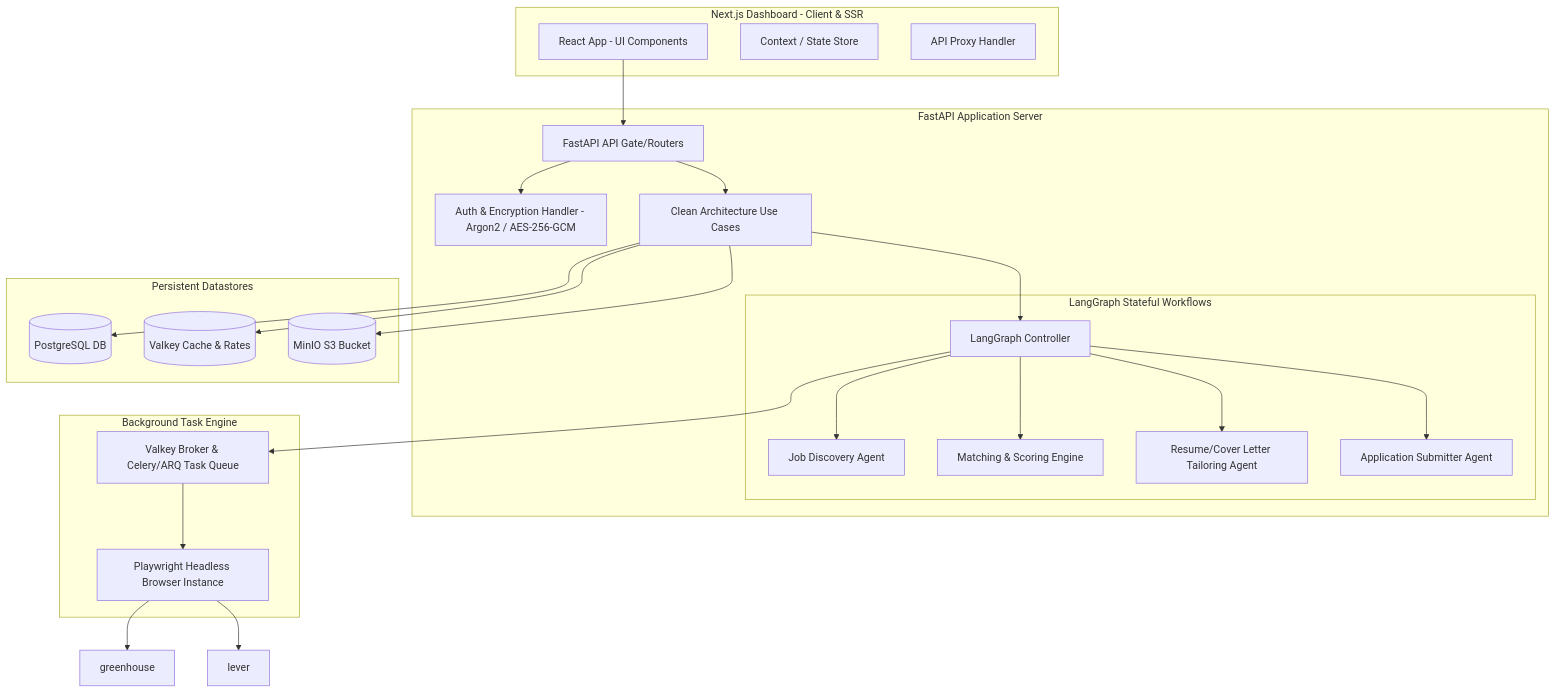
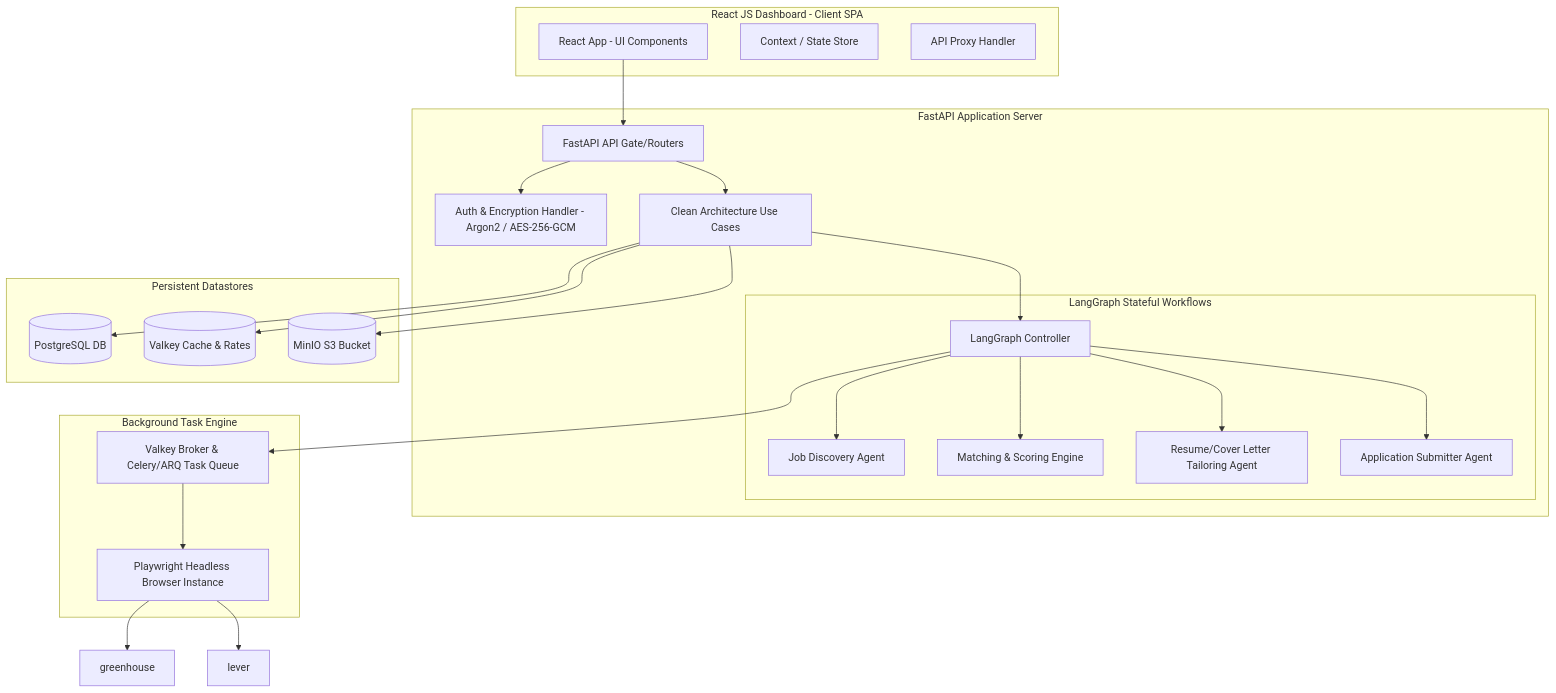
Before and after one commit to XelWorks/JobGraph: the third of 4 diagrams in docs/architecture-diagrams/00-system-architecture-diagrams-greenfield.md, drawn with Mermaid. The commit also changed other lines of this file and 48 other files, not shown here.

Commit message:
Next replaced with react

````diff
--- a/docs/architecture-diagrams/00-system-architecture-diagrams-greenfield.md
+++ b/docs/architecture-diagrams/00-system-architecture-diagrams-greenfield.md
@@ -54,47 +54,47 @@
 ```mermaid
 flowchart TB
-  subgraph Frontend [Next.js Dashboard - Client & SSR]
+  subgraph Frontend [React JS Dashboard - Client SPA]
     UI[React App - UI Components]
     Store[Context / State Store]
     Proxy[API Proxy Handler]
   end
 
   subgraph Backend [FastAPI Application Server]
     Router[FastAPI API Gate/Routers]
     Auth[Auth & Encryption Handler - Argon2 / AES-256-GCM]
     UseCases[Clean Architecture Use Cases]
     
     subgraph Agents [LangGraph Stateful Workflows]
       Orchestrator[LangGraph Controller]
       DiscoveryAgent[Job Discovery Agent]
       MatchingAgent[Matching & Scoring Engine]
       TailoringAgent[Resume/Cover Letter Tailoring Agent]
       AppAgent[Application Submitter Agent]
     end
   end
 
   subgraph Workers [Background Task Engine]
     Queue[Valkey Broker & Celery/ARQ Task Queue]
     PlaywrightAgent[Playwright Headless Browser Instance]
   end
 
   subgraph Storage [Persistent Datastores]
     Postgres[(PostgreSQL DB)]
     ValkeyCache[(Valkey Cache & Rates)]
     MinioStore[(MinIO S3 Bucket)]
   end
 
   UI --> Router
   Router --> Auth
   Router --> UseCases
   UseCases --> Orchestrator
   
   Orchestrator --> DiscoveryAgent & MatchingAgent & TailoringAgent & AppAgent
   Orchestrator --> Queue
   Queue --> PlaywrightAgent
 
   UseCases --> Postgres
   UseCases --> MinioStore
   UseCases --> ValkeyCache
   PlaywrightAgent --> greenhouse & lever
 ```
````
